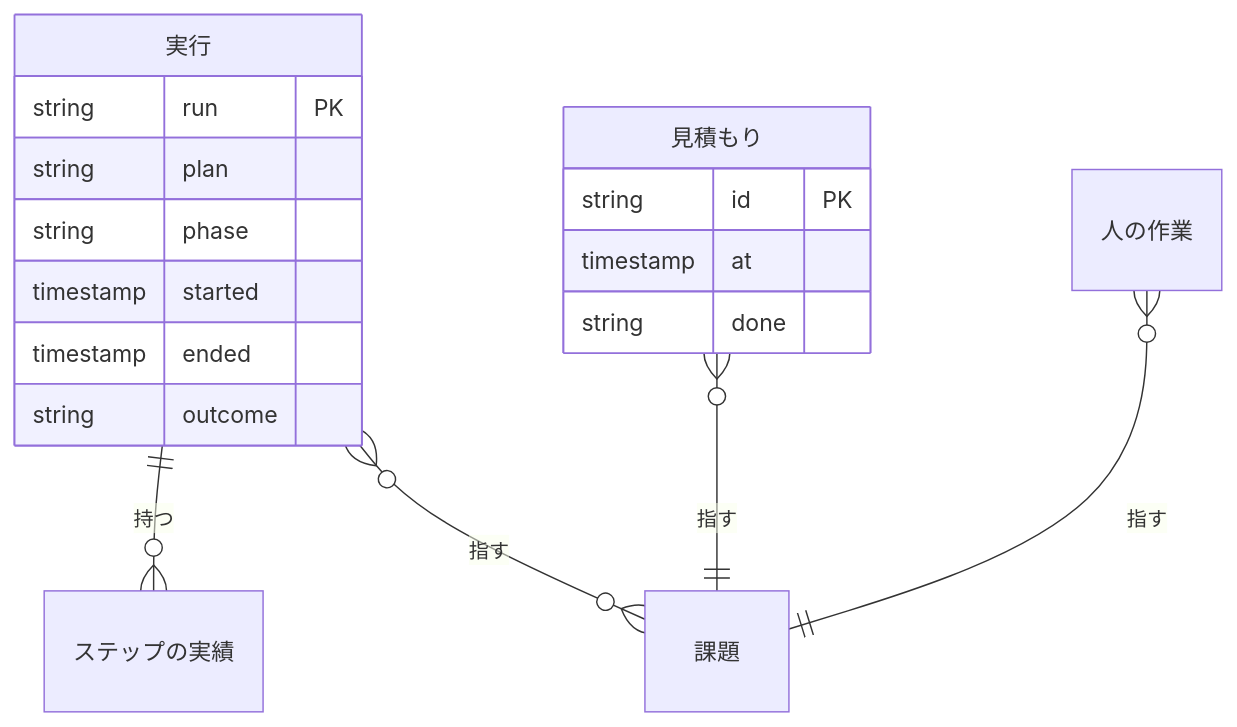
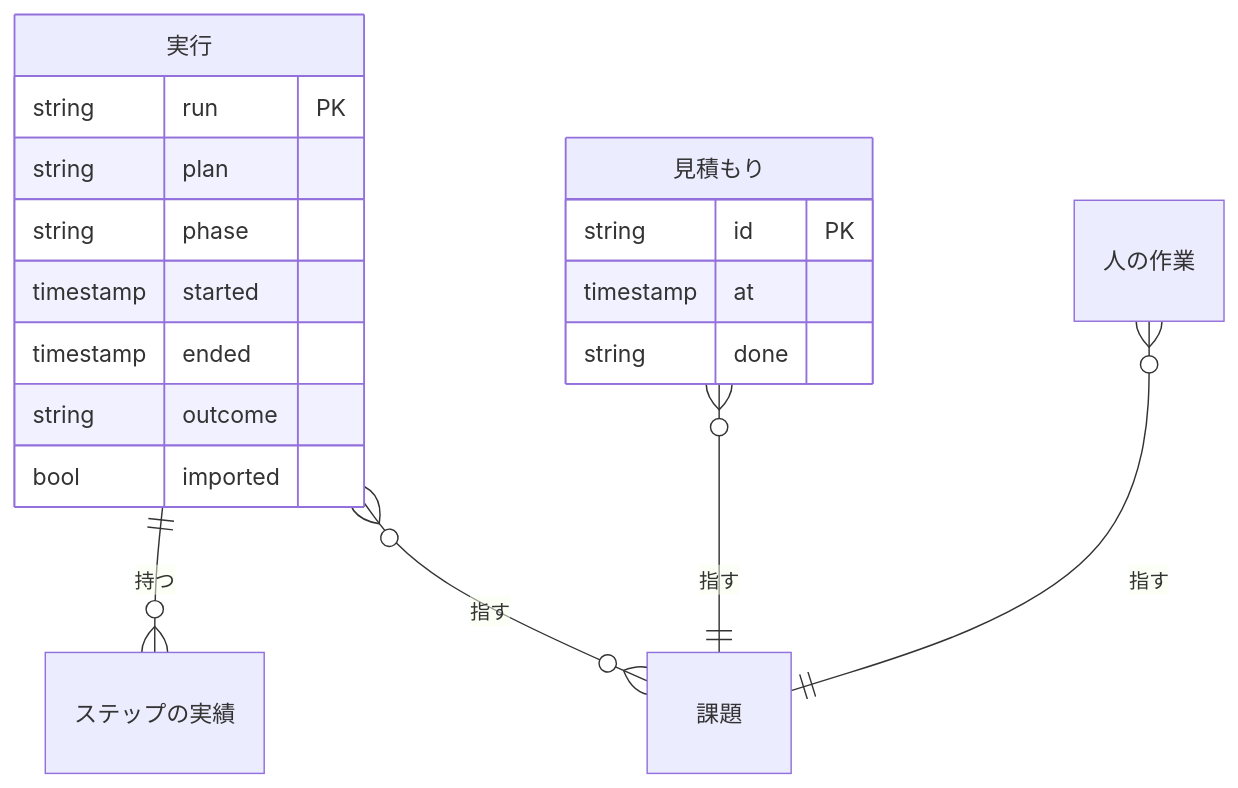
One commit to devbasex/ai-plugins changed the third of 6 diagrams in issues/issue-1856-design.md. Above: the diagram before and after it, drawn with Mermaid. The commit also changed other lines of this file and 2 other files, not shown here.

First line of the commit message:
fix(design): 取り込んだ実行の印を run_start の imported 列にする (#1856)

````diff
--- a/issues/issue-1856-design.md
+++ b/issues/issue-1856-design.md
@@ -220,20 +220,21 @@
 ```mermaid
 erDiagram
     実行 ||--o{ ステップの実績 : 持つ
     実行 }o--o{ 課題 : 指す
     見積もり }o--|| 課題 : 指す
     人の作業 }o--|| 課題 : 指す
     実行 {
         string run PK
         string plan
         string phase
         timestamp started
         timestamp ended
         string outcome
+        bool imported
     }
     見積もり {
         string id PK
         timestamp at
         string done
     }
 ```
````
